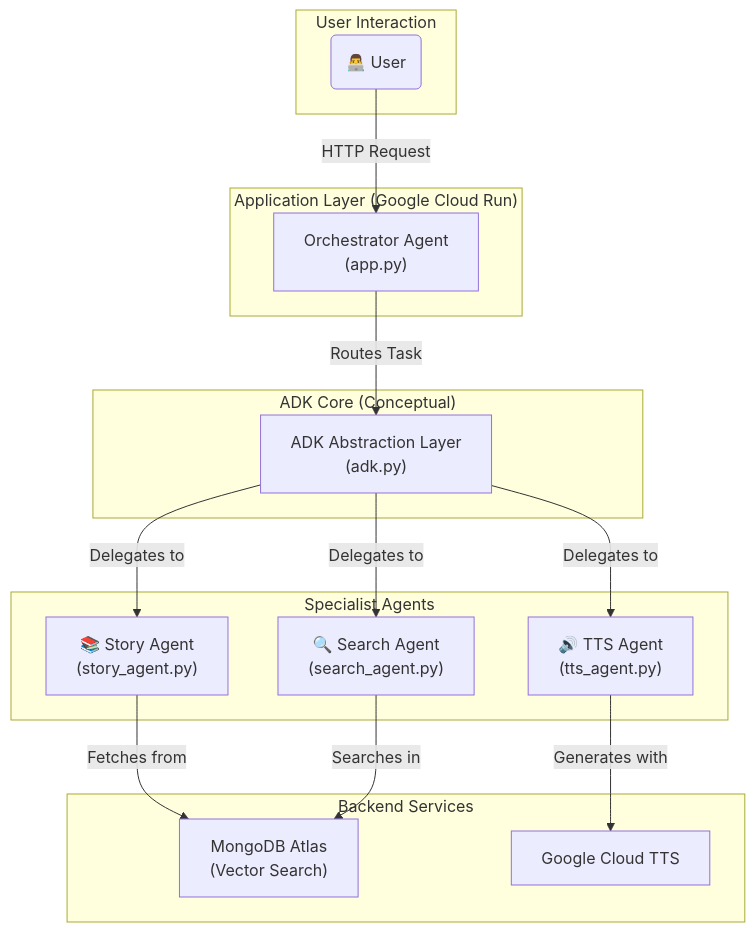
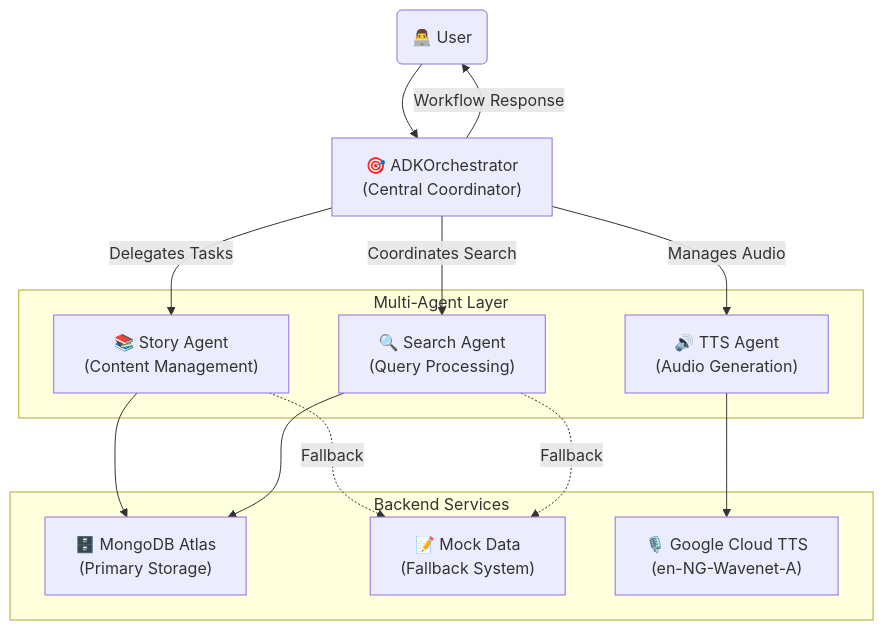
Before and after one commit to asherengos/RadioQuest: the diagram in README.md, drawn with Mermaid. The commit also changed other lines of this file and 2 other files, not shown here.

Commit message:
ADK Hackathon: Enhanced multi-agent orchestration with robust fallbacks

````diff
--- a/README.md
+++ b/README.md
@@ -24,34 +34,28 @@
 ```mermaid
 graph TD;
-    subgraph "User Interaction"
-        User("👨‍💻 User")
+    User("👨‍💻 User") --> Orchestrator["🎯 ADKOrchestrator<br/>(Central Coordinator)"]
+    
+    subgraph "Multi-Agent Layer"
+        StoryAgent["📚 Story Agent<br/>(Content Management)"]
+        SearchAgent["🔍 Search Agent<br/>(Query Processing)"]
+        TTSAgent["🔊 TTS Agent<br/>(Audio Generation)"]
     end
-
-    subgraph "Application Layer (Google Cloud Run)"
-        Orchestrator["Orchestrator Agent<br/>(app.py)"]
+    
+    subgraph "Backend Services"
+        MongoDB["🗄️ MongoDB Atlas<br/>(Primary Storage)"]
+        MockData["📝 Mock Data<br/>(Fallback System)"]
+        GoogleTTS["🎙️ Google Cloud TTS<br/>(en-NG-Wavenet-A)"]
     end
-
-    subgraph "ADK Core (Conceptual)"
-        ADK["ADK Abstraction Layer<br/>(adk.py)"]
-    end
-
-    subgraph "Specialist Agents"
-        StoryAgent["📚 Story Agent<br/>(story_agent.py)"]
-        TTSAgent["🔊 TTS Agent<br/>(tts_agent.py)"]
-        SearchAgent["🔍 Search Agent<br/>(search_agent.py)"]
-    end
-
-    subgraph "Backend Services"
-        MongoDB["MongoDB Atlas<br/>(Vector Search)"]
-        GCP_TTS["Google Cloud TTS"]
-    end
-
-    User -- "HTTP Request" --> Orchestrator;
-    Orchestrator -- "Routes Task" --> ADK;
-    ADK -- "Delegates to" --> StoryAgent;
-    ADK -- "Delegates to" --> TTSAgent;
-    ADK -- "Delegates to" --> SearchAgent;
-    StoryAgent -- "Fetches from" --> MongoDB;
-    SearchAgent -- "Searches in" --> MongoDB;
-    TTSAgent -- "Generates with" --> GCP_TTS;
+    
+    Orchestrator -->|"Delegates Tasks"| StoryAgent
+    Orchestrator -->|"Coordinates Search"| SearchAgent  
+    Orchestrator -->|"Manages Audio"| TTSAgent
+    
+    StoryAgent --> MongoDB
+    StoryAgent -.->|"Fallback"| MockData
+    SearchAgent --> MongoDB
+    SearchAgent -.->|"Fallback"| MockData
+    TTSAgent --> GoogleTTS
+    
+    Orchestrator -->|"Workflow Response"| User
 ```
````
